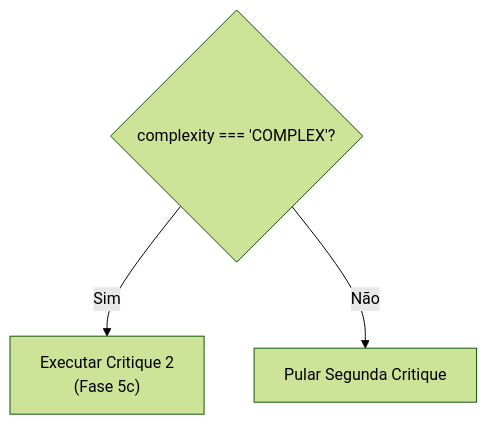
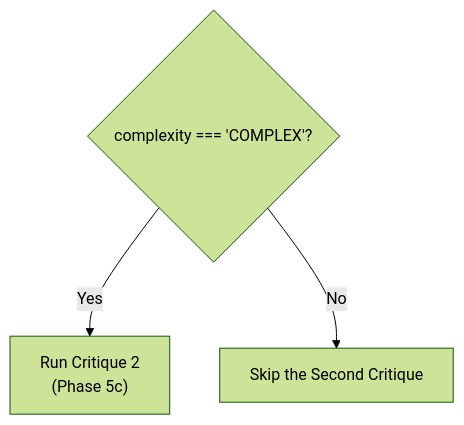
One commit to CyryxLabs/AEXOS changed diagram 16 of 17 in docs/aexos-workflows/spec-pipeline-workflow.md. Above: the diagram before and after it, drawn with Mermaid (forest theme). The commit also changed other lines of this file and 528 other files, not shown here.

````diff
--- a/docs/aexos-workflows/spec-pipeline-workflow.md
+++ b/docs/aexos-workflows/spec-pipeline-workflow.md
@@ -869,6 +869,6 @@
 ```mermaid
 flowchart TB
     D5{"complexity === 'COMPLEX'?"}
-    D5 -->|Sim| RUN["Executar Critique 2<br/>(Fase 5c)"]
-    D5 -->|Não| SKIP["Pular Segunda Critique"]
+    D5 -->|Yes| RUN["Run Critique 2<br/>(Phase 5c)"]
+    D5 -->|No| SKIP["Skip the Second Critique"]
 ```
````
